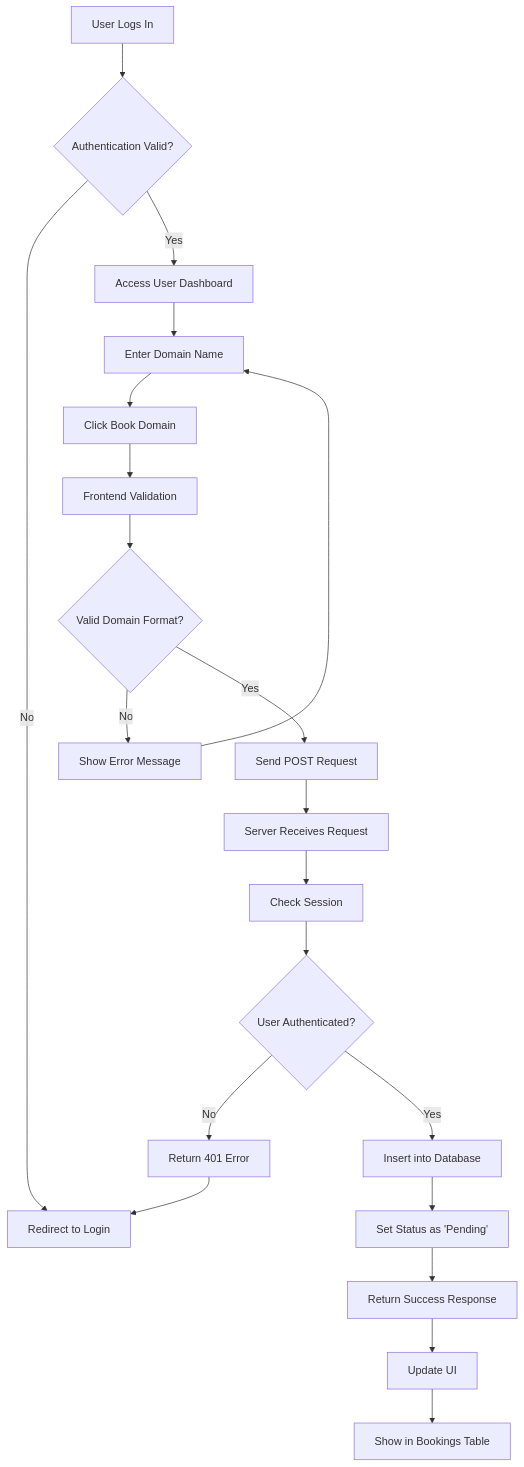
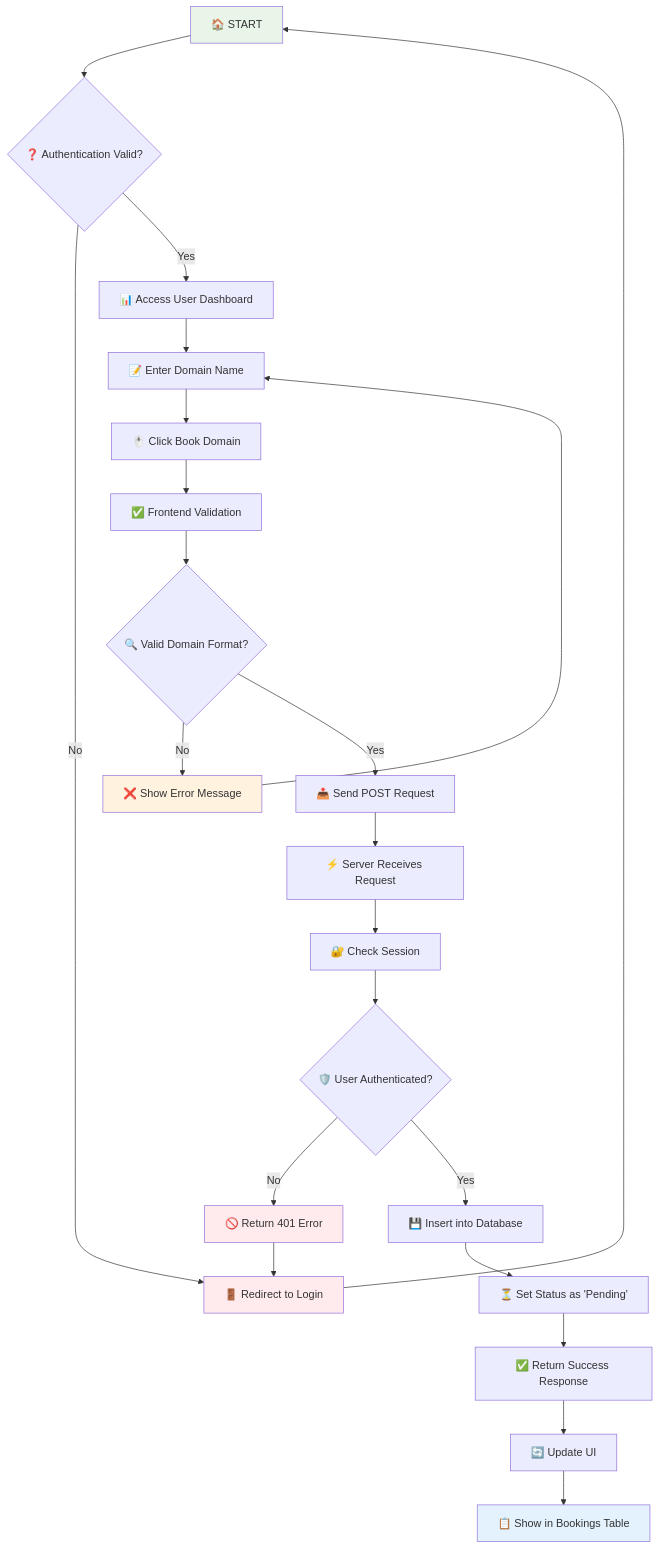
Before and after one commit to Sandarsh18/Domain-booking-web-app: the third of 11 diagrams in README.md, drawn with Mermaid. The commit also changed other lines of this file, not shown here.

````diff
--- a/README.md
+++ b/README.md
@@ -172,29 +182,36 @@
 ```mermaid
 flowchart TD
-    A[User Logs In] --> B{Authentication Valid?}
-    B -->|No| C[Redirect to Login]
-    B -->|Yes| D[Access User Dashboard]
+    A[🏠 START] --> B{❓ Authentication Valid?}
+    B -->|No| C[🚪 Redirect to Login]
+    B -->|Yes| D[📊 Access User Dashboard]
     
-    D --> E[Enter Domain Name]
-    E --> F[Click Book Domain]
-    F --> G[Frontend Validation]
+    D --> E[📝 Enter Domain Name]
+    E --> F[🖱️ Click Book Domain]
+    F --> G[✅ Frontend Validation]
     
-    G --> H{Valid Domain Format?}
-    H -->|No| I[Show Error Message]
-    H -->|Yes| J[Send POST Request]
+    G --> H{🔍 Valid Domain Format?}
+    H -->|No| I[❌ Show Error Message]
+    H -->|Yes| J[📤 Send POST Request]
     
-    J --> K[Server Receives Request]
-    K --> L[Check Session]
+    J --> K[⚡ Server Receives Request]
+    K --> L[🔐 Check Session]
     
-    L --> M{User Authenticated?}
-    M -->|No| N[Return 401 Error]
-    M -->|Yes| O[Insert into Database]
+    L --> M{🛡️ User Authenticated?}
+    M -->|No| N[🚫 Return 401 Error]
+    M -->|Yes| O[💾 Insert into Database]
     
-    O --> P[Set Status as 'Pending']
-    P --> Q[Return Success Response]
-    Q --> R[Update UI]
-    R --> S[Show in Bookings Table]
+    O --> P[⏳ Set Status as 'Pending']
+    P --> Q[✅ Return Success Response]
+    Q --> R[🔄 Update UI]
+    R --> S[📋 Show in Bookings Table]
     
     I --> E
     N --> C
+    C --> A
+    
+    style A fill:#e8f5e8
+    style C fill:#ffebee
+    style S fill:#e3f2fd
+    style I fill:#fff3e0
+    style N fill:#ffebee
 ```
````
